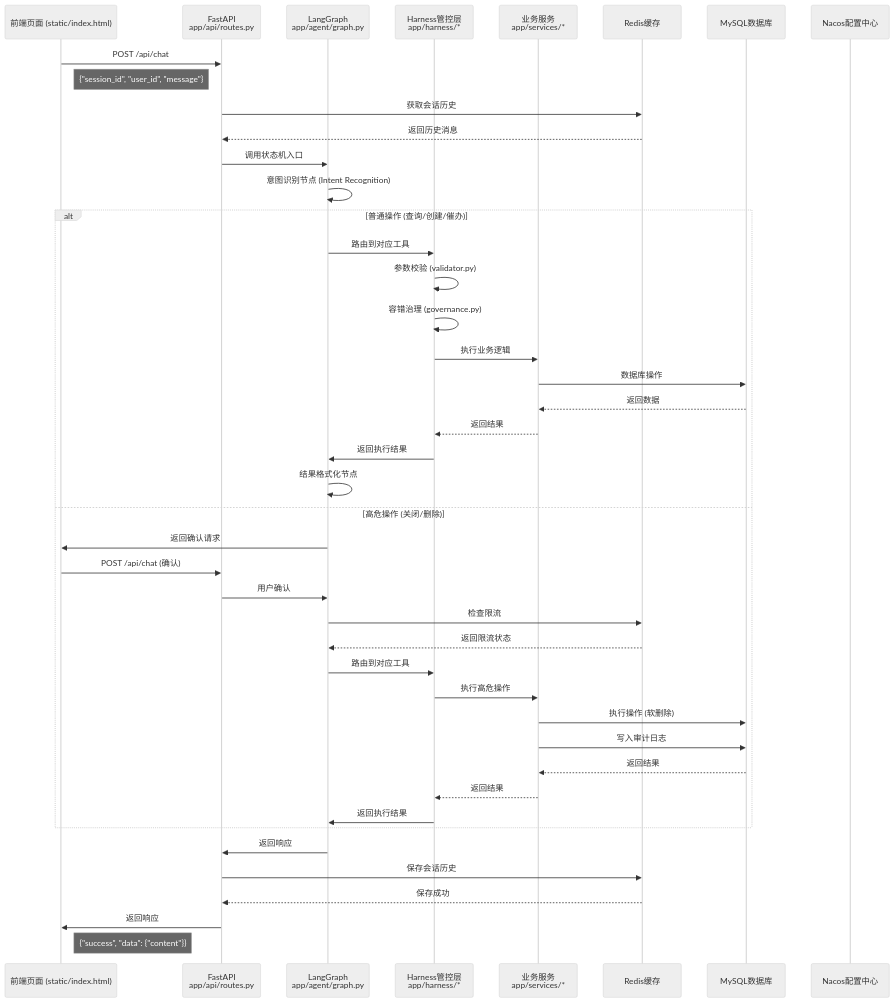
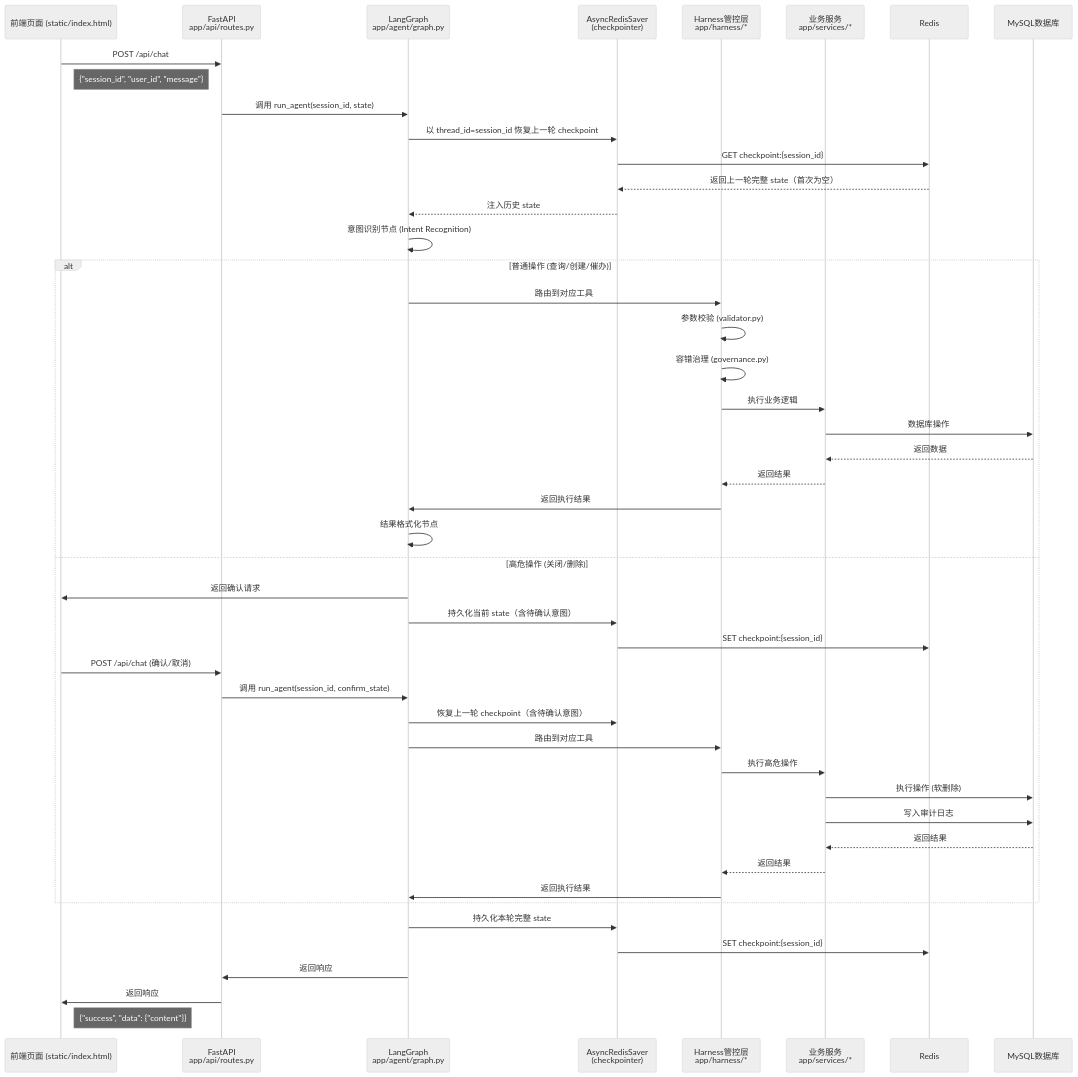
One commit to Yangkunliang/workorder_harness_agent changed the second of 3 diagrams in README.md. Above: the diagram before and after it, drawn with Mermaid (neutral theme). The commit also changed other lines of this file and 10 other files, not shown here.

````diff
--- a/README.md
+++ b/README.md
@@ -87,58 +118,58 @@
 ```mermaid
 sequenceDiagram
     participant Client as 前端页面 (static/index.html)
     participant API as FastAPI<br/>app/api/routes.py
     participant Agent as LangGraph<br/>app/agent/graph.py
+    participant Checkpointer as AsyncRedisSaver<br/>(checkpointer)
     participant Harness as Harness管控层<br/>app/harness/*
     participant Service as 业务服务<br/>app/services/*
-    participant Redis as Redis缓存
+    participant Redis as Redis
     participant MySQL as MySQL数据库
-    participant Nacos as Nacos配置中心
     
     Client->>API: POST /api/chat
     Note right of Client: {"session_id", "user_id", "message"}
     
-    API->>Redis: 获取会话历史
-    Redis-->>API: 返回历史消息
-    
-    API->>Agent: 调用状态机入口
+    API->>Agent: 调用 run_agent(session_id, state)
+    Agent->>Checkpointer: 以 thread_id=session_id 恢复上一轮 checkpoint
+    Checkpointer->>Redis: GET checkpoint:{session_id}
+    Redis-->>Checkpointer: 返回上一轮完整 state（首次为空）
+    Checkpointer-->>Agent: 注入历史 state
+
     Agent->>Agent: 意图识别节点 (Intent Recognition)
     
     alt 普通操作 (查询/创建/催办)
         Agent->>Harness: 路由到对应工具
         Harness->>Harness: 参数校验 (validator.py)
         Harness->>Harness: 容错治理 (governance.py)
         
         Harness->>Service: 执行业务逻辑
         Service->>MySQL: 数据库操作
         MySQL-->>Service: 返回数据
         Service-->>Harness: 返回结果
-        
         Harness->>Agent: 返回执行结果
         Agent->>Agent: 结果格式化节点
         
     else 高危操作 (关闭/删除)
         Agent->>Client: 返回确认请求
-        Client->>API: POST /api/chat (确认)
-        API->>Agent: 用户确认
-        
-        Agent->>Redis: 检查限流
-        Redis-->>Agent: 返回限流状态
+        Agent->>Checkpointer: 持久化当前 state（含待确认意图）
+        Checkpointer->>Redis: SET checkpoint:{session_id}
+
+        Client->>API: POST /api/chat (确认/取消)
+        API->>Agent: 调用 run_agent(session_id, confirm_state)
+        Agent->>Checkpointer: 恢复上一轮 checkpoint（含待确认意图）
         
         Agent->>Harness: 路由到对应工具
         Harness->>Service: 执行高危操作
         Service->>MySQL: 执行操作 (软删除)
         Service->>MySQL: 写入审计日志
         MySQL-->>Service: 返回结果
         Service-->>Harness: 返回结果
-        
         Harness->>Agent: 返回执行结果
     end
     
+    Agent->>Checkpointer: 持久化本轮完整 state
+    Checkpointer->>Redis: SET checkpoint:{session_id}
     Agent->>API: 返回响应
-    API->>Redis: 保存会话历史
-    Redis-->>API: 保存成功
-    
     API->>Client: 返回响应
     Note right of Client: {"success", "data": {"content"}}
 ```
````
